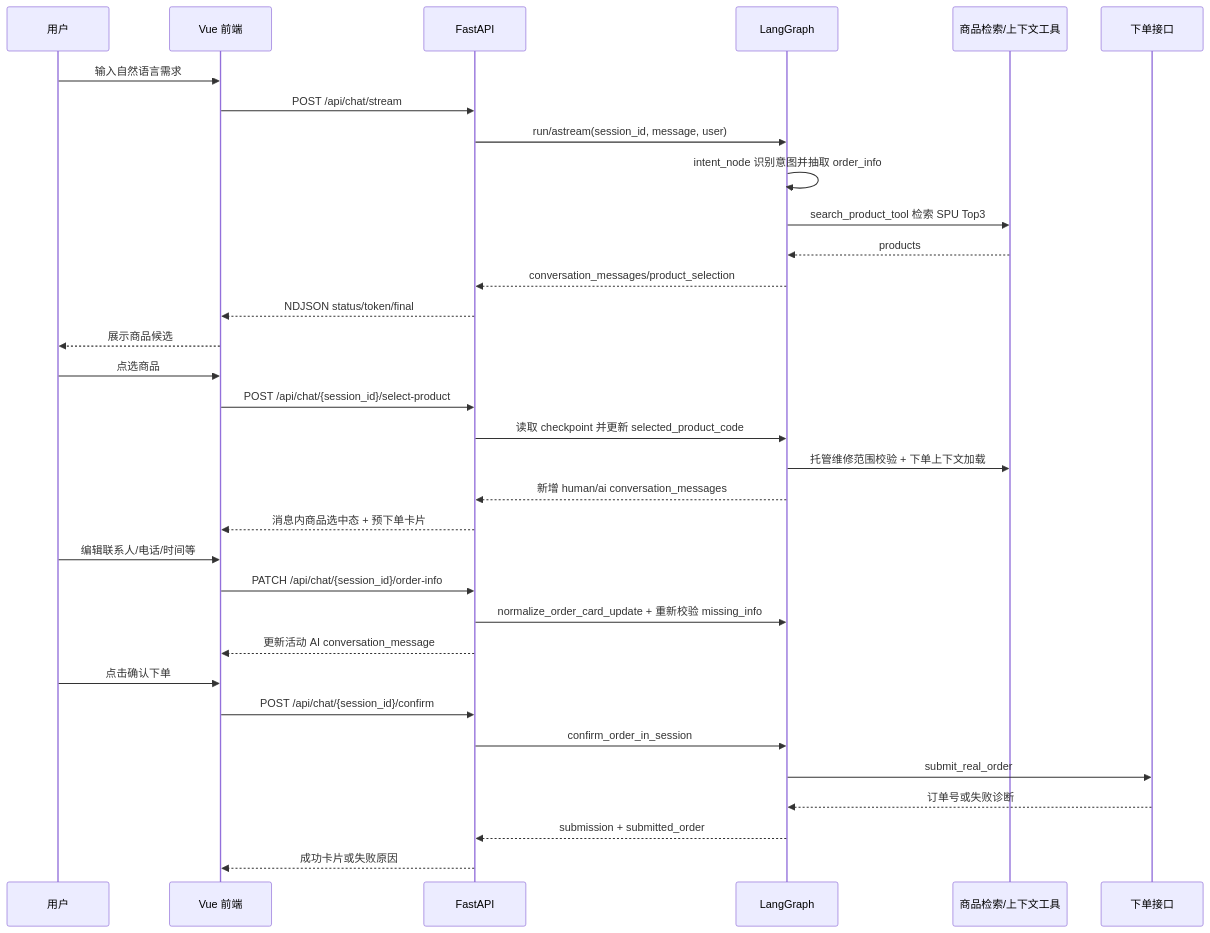
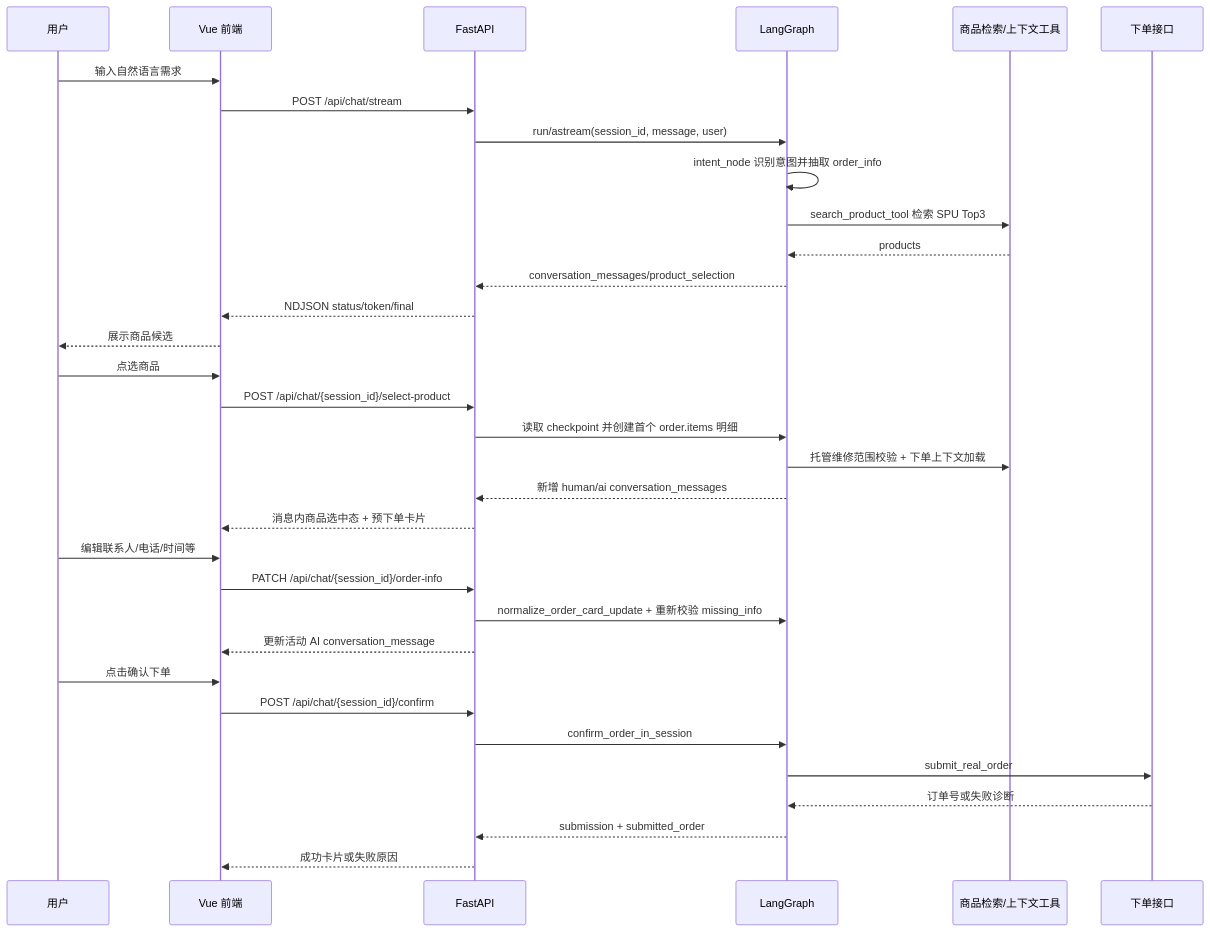
One commit to chengzongxin/hotel-ai-order changed the first of 2 diagrams in README.md. Above: the diagram before and after it, drawn with Mermaid. The commit also changed other lines of this file and 32 other files, not shown here.

````diff
--- a/README.md
+++ b/README.md
@@ -85,39 +85,39 @@
 ```mermaid
 sequenceDiagram
     participant U as 用户
     participant FE as Vue 前端
     participant API as FastAPI
     participant G as LangGraph
     participant R as 商品检索/上下文工具
     participant O as 下单接口
 
     U->>FE: 输入自然语言需求
     FE->>API: POST /api/chat/stream
     API->>G: run/astream(session_id, message, user)
     G->>G: intent_node 识别意图并抽取 order_info
     G->>R: search_product_tool 检索 SPU Top3
     R-->>G: products
     G-->>API: conversation_messages/product_selection
     API-->>FE: NDJSON status/token/final
     FE-->>U: 展示商品候选
 
     U->>FE: 点选商品
     FE->>API: POST /api/chat/{session_id}/select-product
-    API->>G: 读取 checkpoint 并更新 selected_product_code
+    API->>G: 读取 checkpoint 并创建首个 order.items 明细
     G->>R: 托管维修范围校验 + 下单上下文加载
     G-->>API: 新增 human/ai conversation_messages
     API-->>FE: 消息内商品选中态 + 预下单卡片
 
     U->>FE: 编辑联系人/电话/时间等
     FE->>API: PATCH /api/chat/{session_id}/order-info
     API->>G: normalize_order_card_update + 重新校验 missing_info
     API-->>FE: 更新活动 AI conversation_message
 
     U->>FE: 点击确认下单
     FE->>API: POST /api/chat/{session_id}/confirm
     API->>G: confirm_order_in_session
     G->>O: submit_real_order
     O-->>G: 订单号或失败诊断
     G-->>API: submission + submitted_order
     API-->>FE: 成功卡片或失败原因
 ```
````
